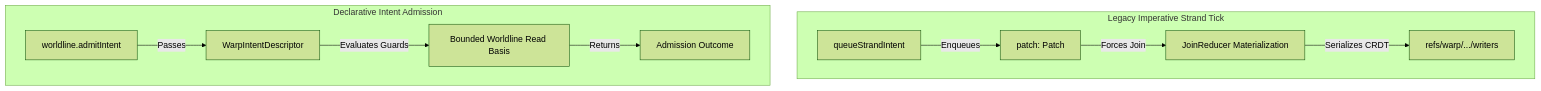
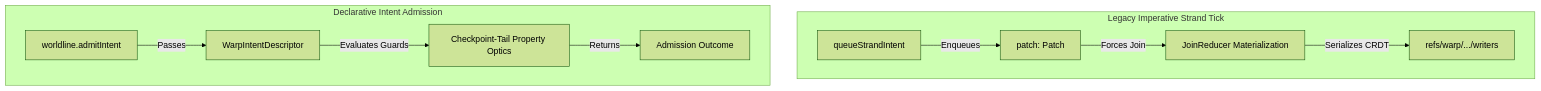
Before and after one commit to git-stunts/git-warp: the diagram in docs/topics/unmaterialized-intents.md, drawn with Mermaid (forest theme). The commit also changed other lines of this file and 32 other files, not shown here.

````diff
--- a/docs/topics/unmaterialized-intents.md
+++ b/docs/topics/unmaterialized-intents.md
@@ -49,14 +63,14 @@
 ```mermaid
 flowchart TD
     subgraph LegacyImperative [Legacy Imperative Strand Tick]
         P1[queueStrandIntent] -->|Enqueues| P2[patch: Patch]
         P2 -->|Forces Join| P3[JoinReducer Materialization]
         P3 -->|Serializes CRDT| P4[refs/warp/.../writers]
     end
 
     subgraph DeclarativeAdmission [Declarative Intent Admission]
         I1[worldline.admitIntent] -->|Passes| I2[WarpIntentDescriptor]
-        I2 -->|Evaluates Guards| I3[Bounded Worldline Read Basis]
+        I2 -->|Evaluates Guards| I3[Checkpoint-Tail Property Optics]
         I3 -->|Returns| I4[Admission Outcome]
     end
 ```
````
